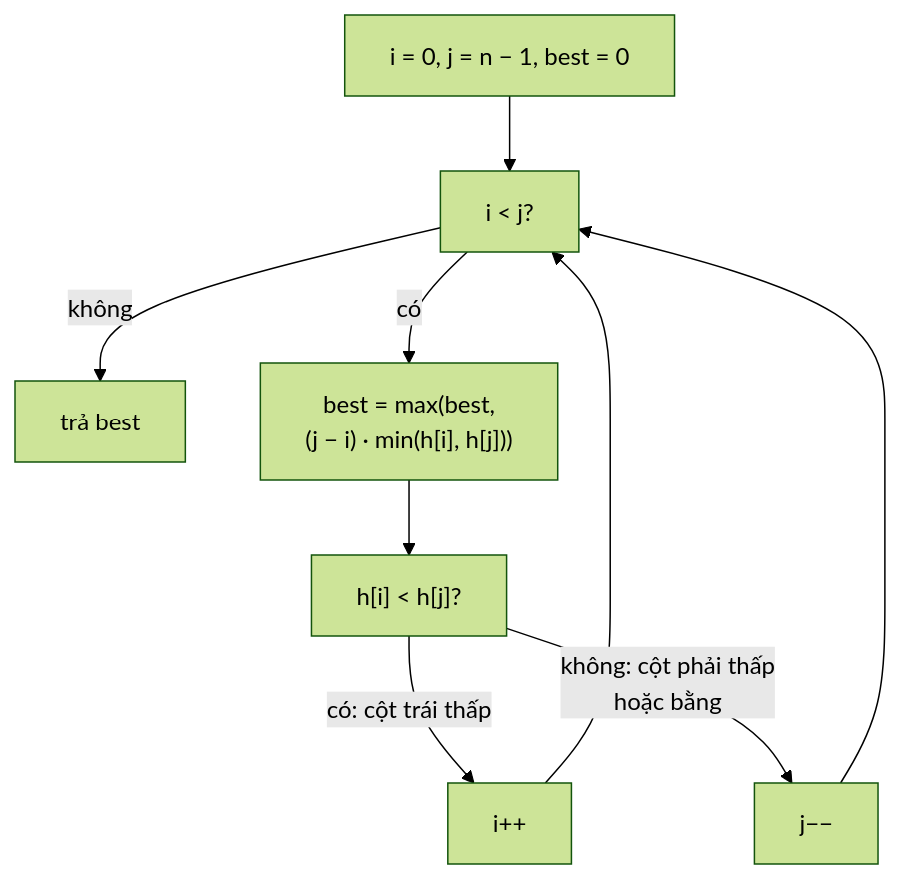
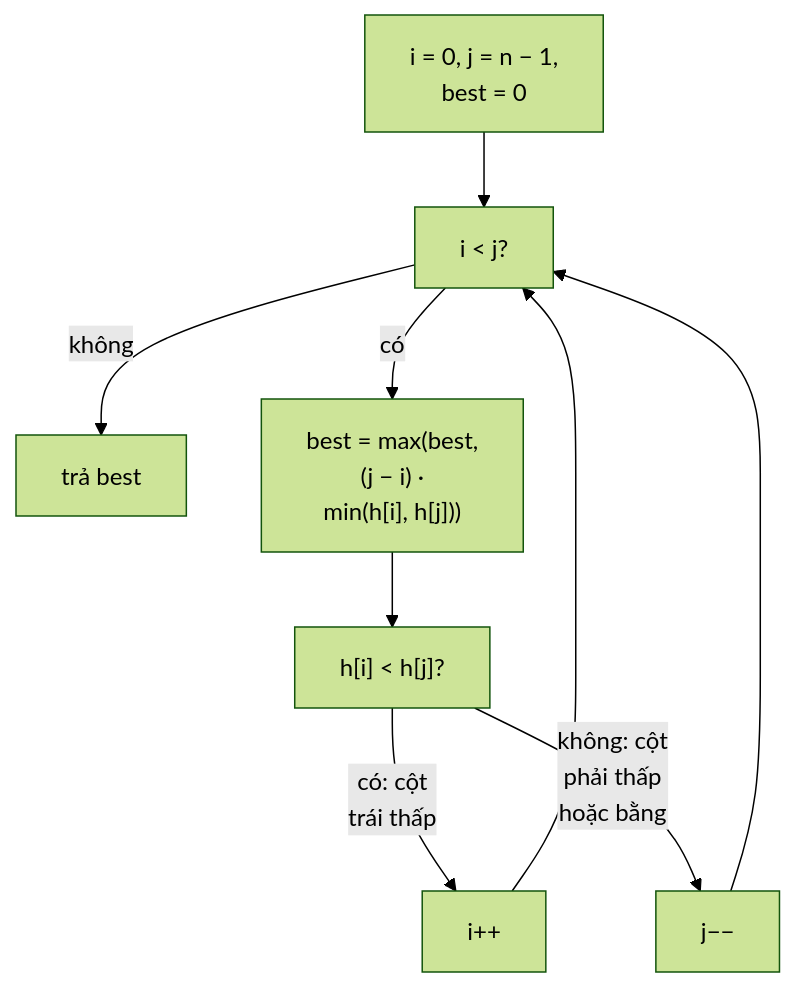
One commit to duongbui234/software-engineering-atlas changed the diagram in content/problems/container-with-most-water.md. Above: the diagram before and after it, drawn with Mermaid (forest theme). The commit also changed 134 other files, not shown here.

First line of the commit message:
Fit every Mermaid diagram at 390px without sideways scroll (#56)

````diff
--- a/content/problems/container-with-most-water.md
+++ b/content/problems/container-with-most-water.md
@@ -41,9 +41,9 @@
 ```mermaid
 flowchart TB
-  A["i = 0, j = n − 1, best = 0"] --> B["i < j?"]
+  A["i = 0, j = n − 1,<br/>best = 0"] --> B["i < j?"]
   B -->|"không"| R["trả best"]
-  B -->|"có"| C["best = max(best,<br/>(j − i) · min(h[i], h[j]))"]
+  B -->|"có"| C["best = max(best,<br/>(j − i) ·<br/>min(h[i], h[j]))"]
   C --> D["h[i] < h[j]?"]
-  D -->|"có: cột trái thấp"| E["i++"] --> B
-  D -->|"không: cột phải thấp<br/>hoặc bằng"| F["j−−"] --> B
+  D -->|"có: cột<br/>trái thấp"| E["i++"] --> B
+  D -->|"không: cột<br/>phải thấp<br/>hoặc bằng"| F["j−−"] --> B
 ```
````
